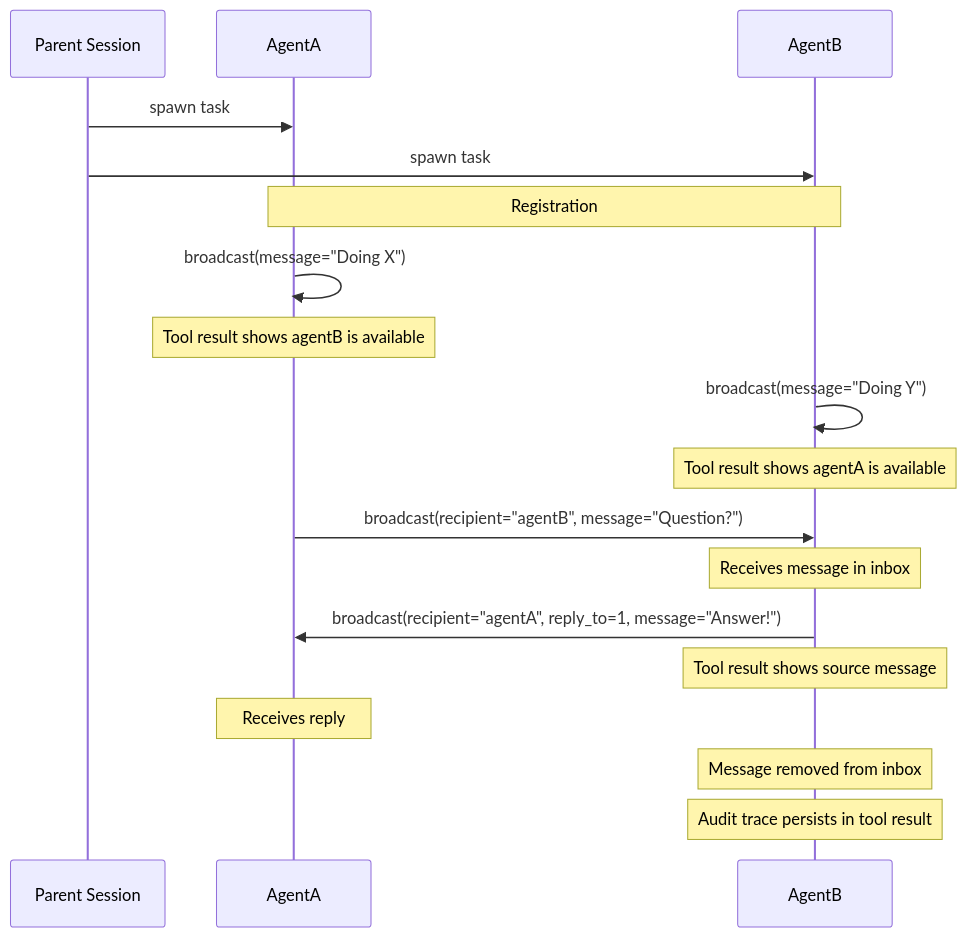
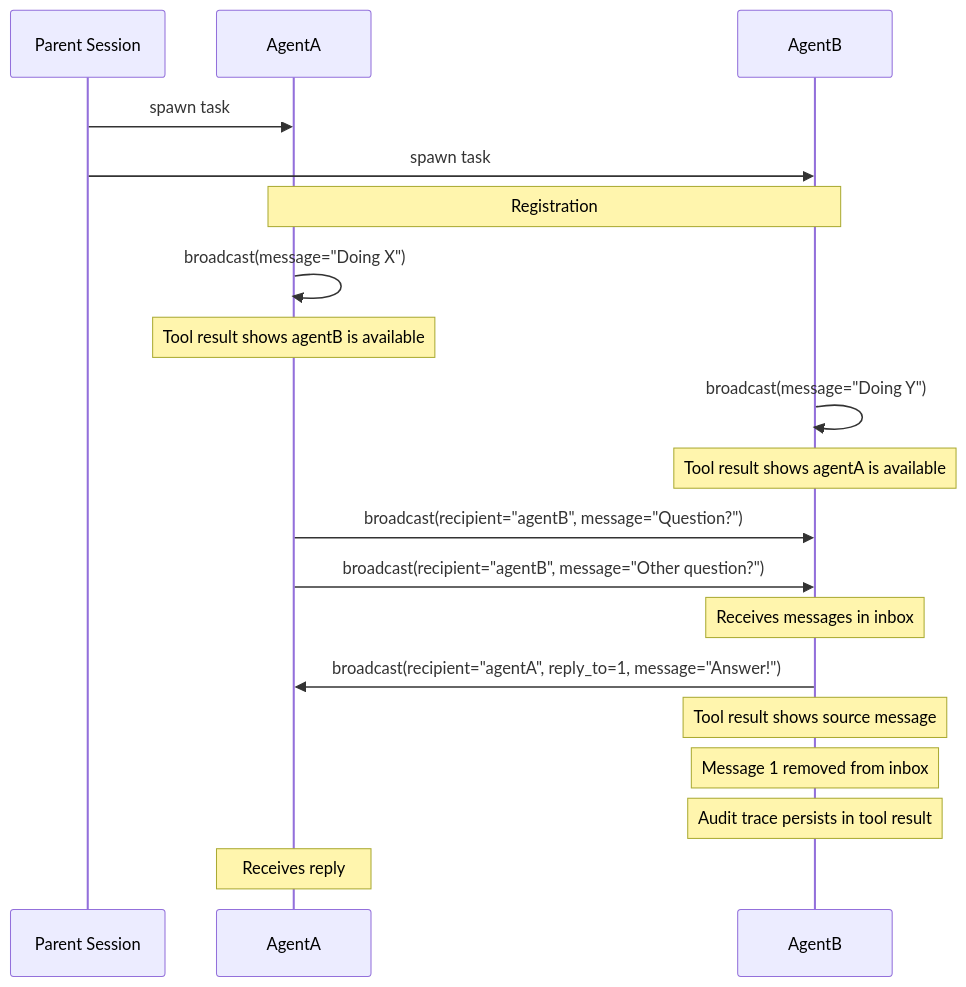
The diagram in README.md (spoons-and-mirrors/iam), drawn with Mermaid before and after one commit.

````diff
--- a/README.md
+++ b/README.md
@@ -11,28 +11,29 @@
 ```mermaid
 sequenceDiagram
     participant Parent as Parent Session
     participant A as AgentA
     participant B as AgentB
 
     Parent->>A: spawn task
     Parent->>B: spawn task
 
     Note over A,B: Registration
 
     A->>A: broadcast(message="Doing X")
     Note over A: Tool result shows agentB is available
 
     B->>B: broadcast(message="Doing Y")
     Note over B: Tool result shows agentA is available
 
     A->>B: broadcast(recipient="agentB", message="Question?")
+    A->>B: broadcast(recipient="agentB", message="Other question?")
 
-    Note over B: Receives message in inbox
+    Note over B: Receives messages in inbox
 
     B->>A: broadcast(recipient="agentA", reply_to=1, message="Answer!")
     Note over B: Tool result shows source message
+    Note over B: Message 1 removed from inbox
+    Note over B: Audit trace persists in tool result
 
     Note over A: Receives reply
-    Note over B: Message removed from inbox
-    Note over B: Audit trace persists in tool result
 ```
````
